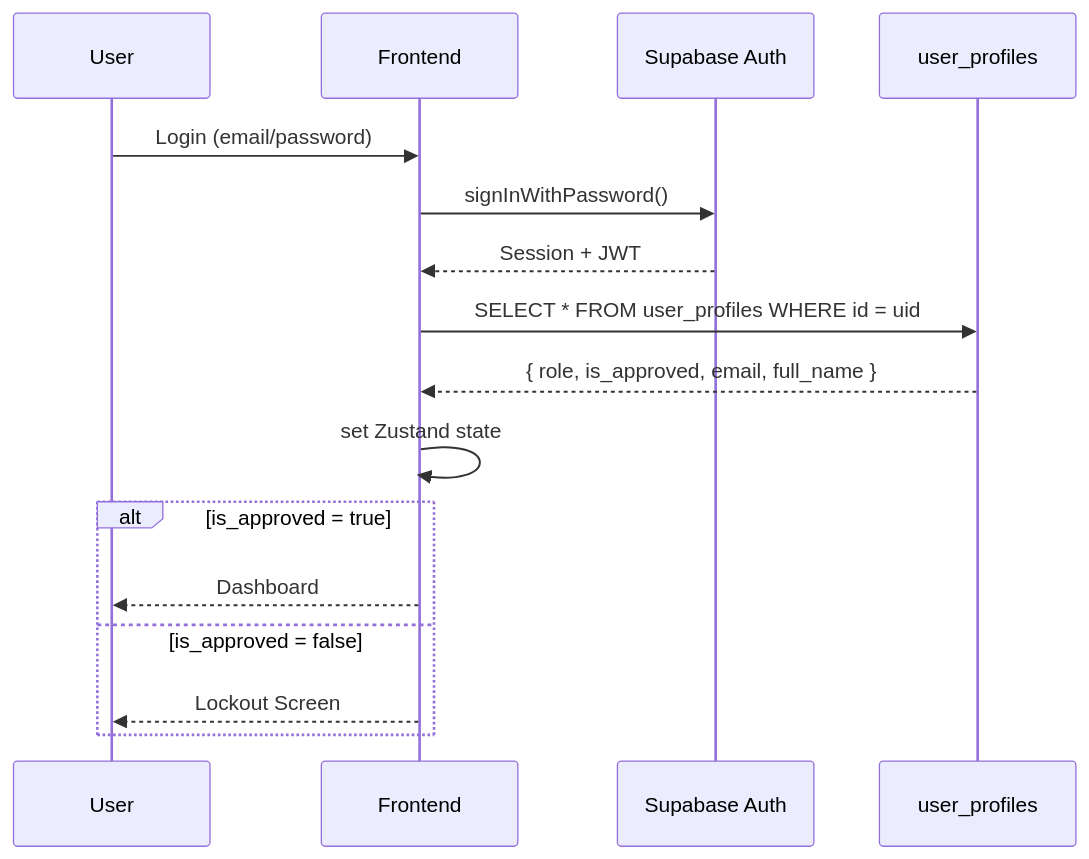
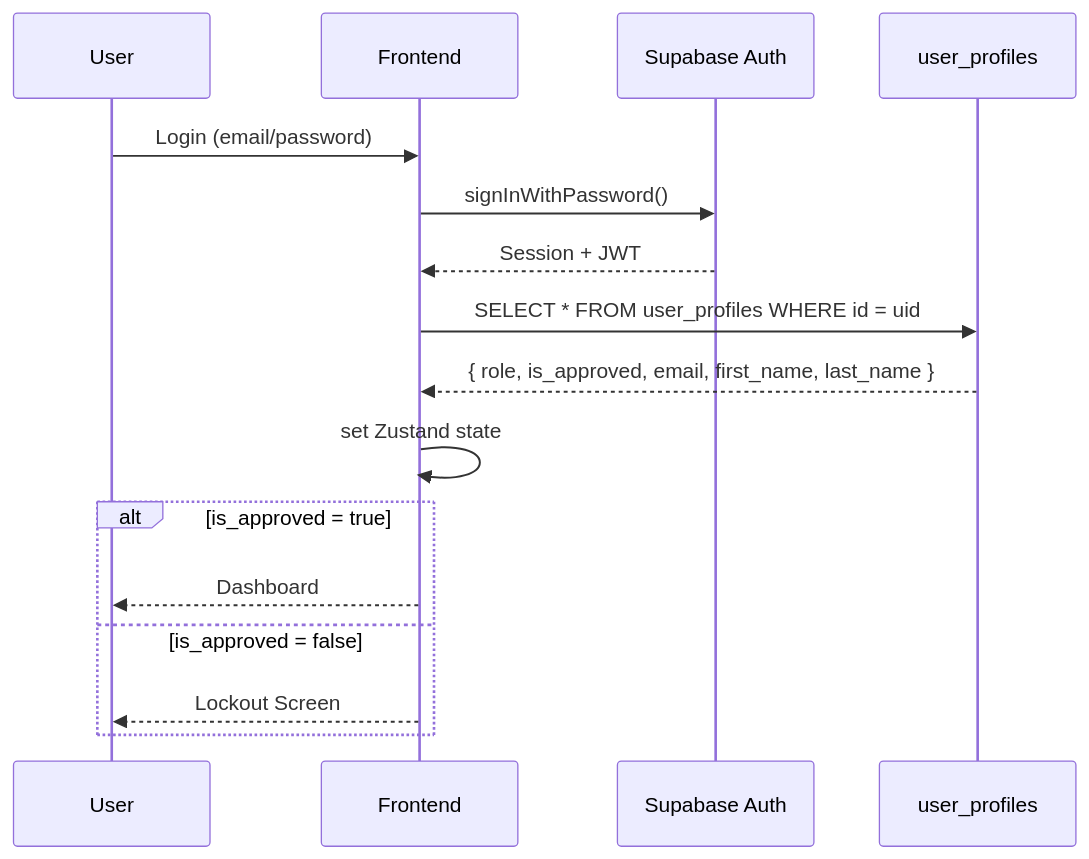
Before and after one commit to sawasdichai123/Sundae-Al-Rag-Qwen3: the second of 3 diagrams in walkthrough Current status and next step.md, drawn with Mermaid. The commit also changed other lines of this file and 18 other files, not shown here.

````diff
--- a/walkthrough Current status and next step.md
+++ b/walkthrough Current status and next step.md
@@ -316,19 +323,19 @@
 ```mermaid
 sequenceDiagram
     participant U as User
     participant FE as Frontend
     participant SB as Supabase Auth
     participant DB as user_profiles
 
     U->>FE: Login (email/password)
     FE->>SB: signInWithPassword()
     SB-->>FE: Session + JWT
     FE->>DB: SELECT * FROM user_profiles WHERE id = uid
-    DB-->>FE: { role, is_approved, email, full_name }
+    DB-->>FE: { role, is_approved, email, first_name, last_name }
     FE->>FE: set Zustand state
     alt is_approved = true
         FE-->>U: Dashboard
     else is_approved = false
         FE-->>U: Lockout Screen
     end
 ```
````
